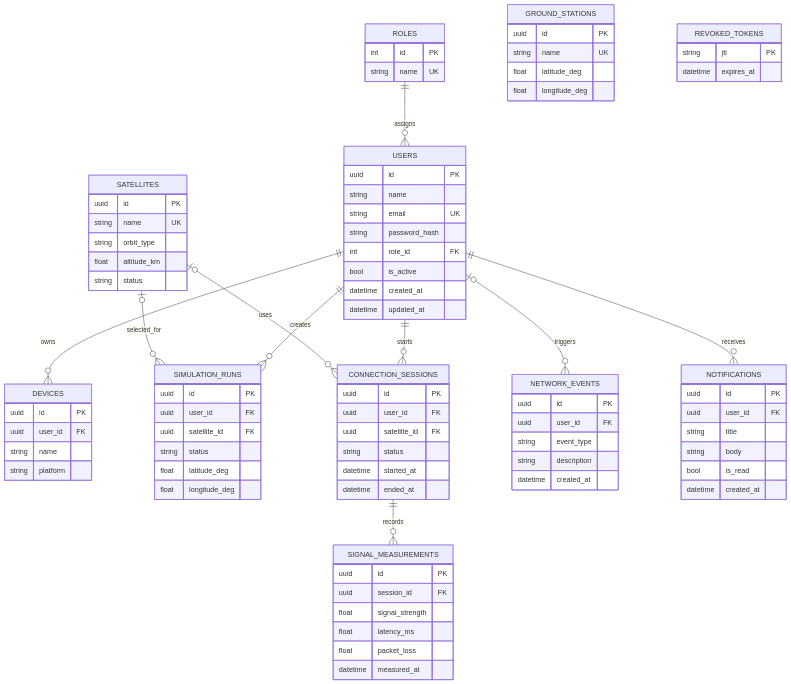
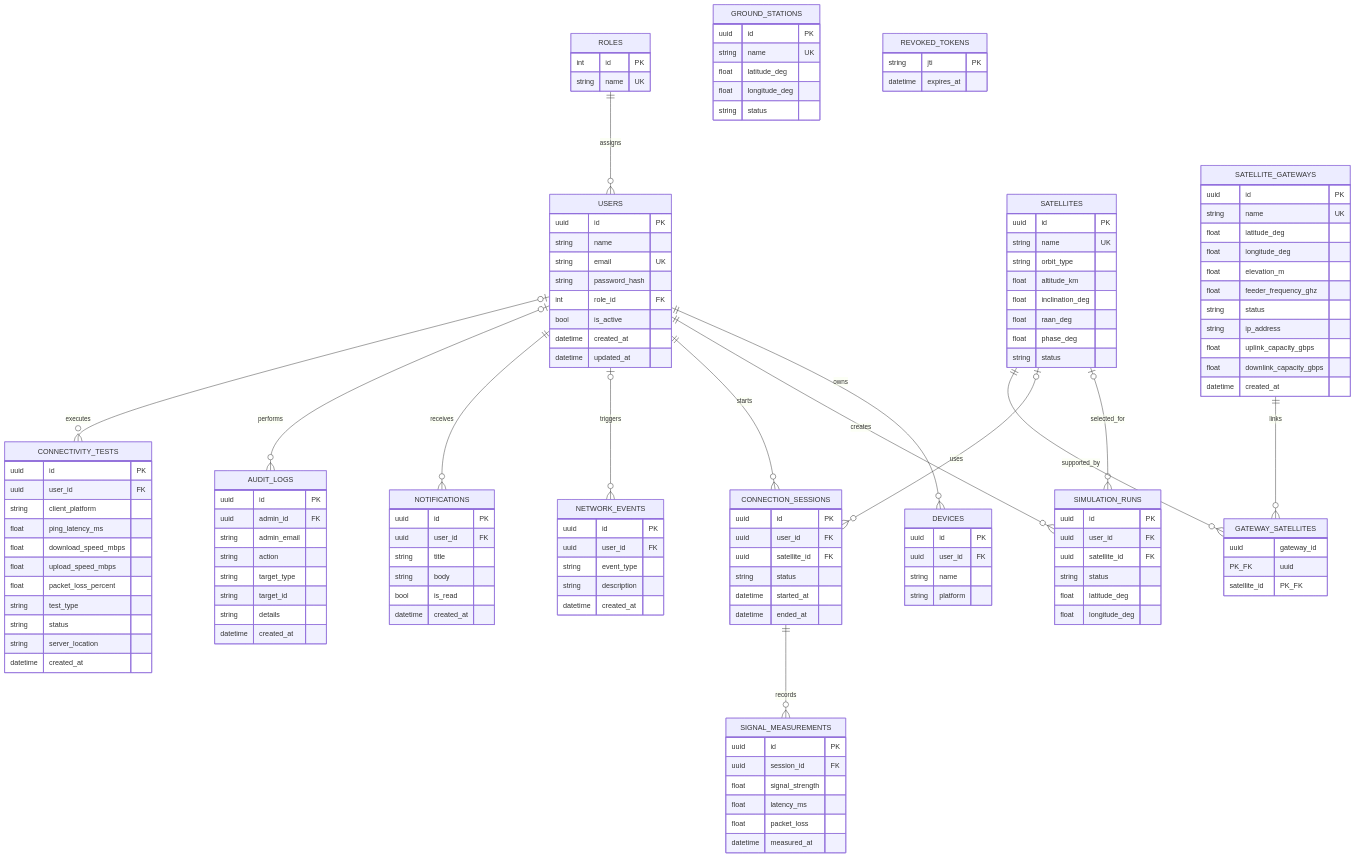
The diagram in docs/database-erd.md (sumanthrk00/SkyLink-Direct), drawn with Mermaid before and after one commit. The commit also changed other lines of this file and 28 other files, not shown here.

````diff
--- a/docs/database-erd.md
+++ b/docs/database-erd.md
@@ -3,32 +3,40 @@
 ```mermaid
 erDiagram
   ROLES ||--o{ USERS : assigns
   USERS ||--o{ DEVICES : owns
   USERS ||--o{ SIMULATION_RUNS : creates
   SATELLITES o|--o{ SIMULATION_RUNS : selected_for
   USERS ||--o{ CONNECTION_SESSIONS : starts
   SATELLITES o|--o{ CONNECTION_SESSIONS : uses
   CONNECTION_SESSIONS ||--o{ SIGNAL_MEASUREMENTS : records
   USERS o|--o{ NETWORK_EVENTS : triggers
   USERS ||--o{ NOTIFICATIONS : receives
+  USERS o|--o{ AUDIT_LOGS : performs
+  USERS o|--o{ CONNECTIVITY_TESTS : executes
+  SATELLITE_GATEWAYS ||--o{ GATEWAY_SATELLITES : links
+  SATELLITES ||--o{ GATEWAY_SATELLITES : supported_by
   USERS {
     uuid id PK
     string name
     string email UK
     string password_hash
     int role_id FK
     bool is_active
     datetime created_at
     datetime updated_at
   }
   ROLES { int id PK string name UK }
   DEVICES { uuid id PK uuid user_id FK string name string platform }
-  SATELLITES { uuid id PK string name UK string orbit_type float altitude_km string status }
-  GROUND_STATIONS { uuid id PK string name UK float latitude_deg float longitude_deg }
+  SATELLITES { uuid id PK string name UK string orbit_type float altitude_km float inclination_deg float raan_deg float phase_deg string status }
+  GROUND_STATIONS { uuid id PK string name UK float latitude_deg float longitude_deg string status }
+  SATELLITE_GATEWAYS { uuid id PK string name UK float latitude_deg float longitude_deg float elevation_m float feeder_frequency_ghz string status string ip_address float uplink_capacity_gbps float downlink_capacity_gbps datetime created_at }
+  GATEWAY_SATELLITES { uuid gateway_id PK_FK uuid satellite_id PK_FK }
+  CONNECTIVITY_TESTS { uuid id PK uuid user_id FK string client_platform float ping_latency_ms float download_speed_mbps float upload_speed_mbps float packet_loss_percent string test_type string status string server_location datetime created_at }
   SIMULATION_RUNS { uuid id PK uuid user_id FK uuid satellite_id FK string status float latitude_deg float longitude_deg }
   CONNECTION_SESSIONS { uuid id PK uuid user_id FK uuid satellite_id FK string status datetime started_at datetime ended_at }
   SIGNAL_MEASUREMENTS { uuid id PK uuid session_id FK float signal_strength float latency_ms float packet_loss datetime measured_at }
   NETWORK_EVENTS { uuid id PK uuid user_id FK string event_type string description datetime created_at }
   NOTIFICATIONS { uuid id PK uuid user_id FK string title string body bool is_read datetime created_at }
   REVOKED_TOKENS { string jti PK datetime expires_at }
+  AUDIT_LOGS { uuid id PK uuid admin_id FK string admin_email string action string target_type string target_id string details datetime created_at }
 ```
````
